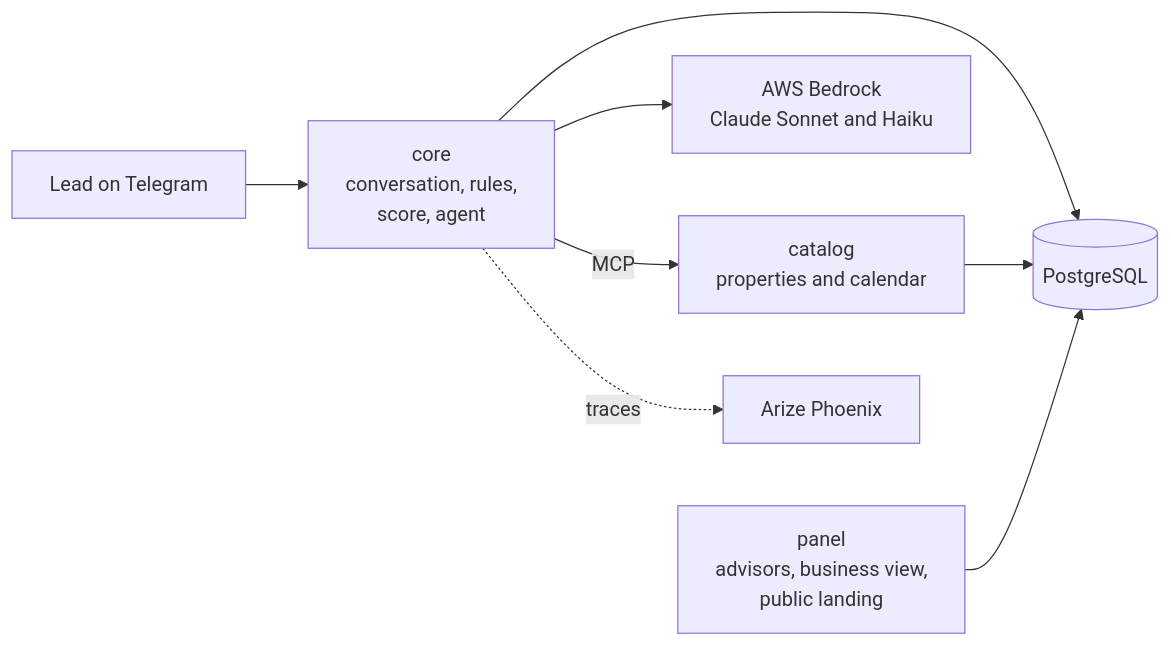
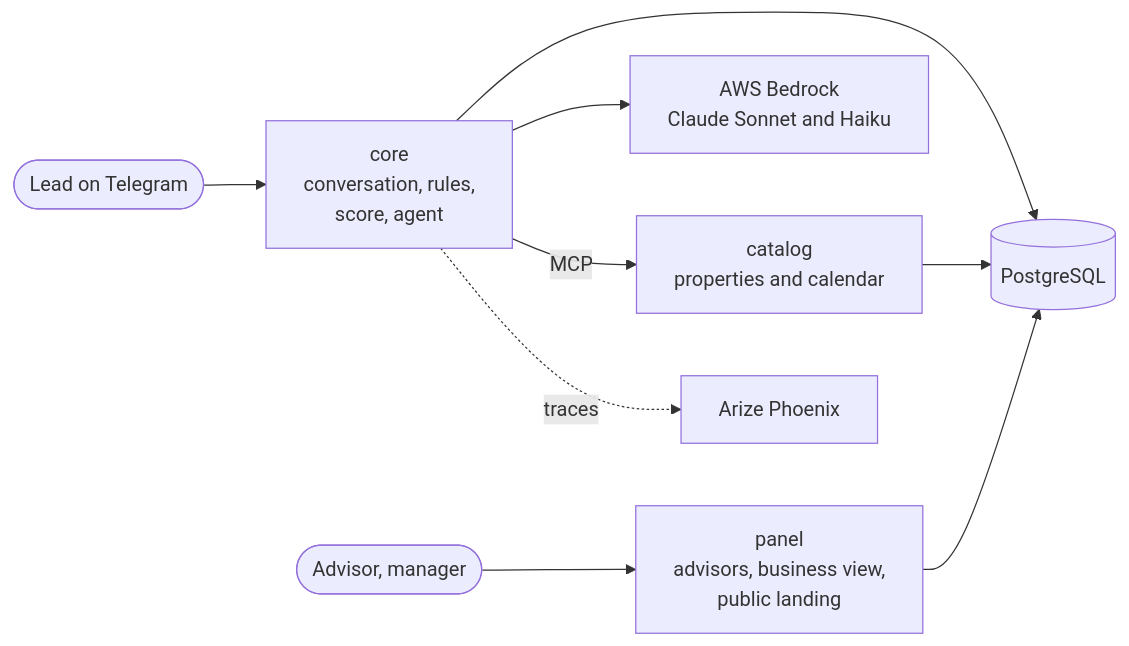
The first of 2 diagrams in README.md (softserve-leads-inmobiliaria/SoftServe-Agente-Lead-Inmobiliaro), drawn with Mermaid before and after one commit. The commit also changed other lines of this file and 6 other files, not shown here.

````diff
--- a/README.md
+++ b/README.md
@@ -58,10 +98,11 @@
 ```mermaid
 flowchart LR
-    LEAD[Lead on Telegram] --> CORE
-    CORE[core<br/>conversation, rules,<br/>score, agent] -- MCP --> CAT[catalog<br/>properties and calendar]
-    CORE --> LLM[AWS Bedrock<br/>Claude Sonnet and Haiku]
+    LEAD([Lead on Telegram]) --> CORE
+    CORE["core<br/>conversation, rules,<br/>score, agent"] -- MCP --> CAT["catalog<br/>properties and calendar"]
+    CORE --> LLM["AWS Bedrock<br/>Claude Sonnet and Haiku"]
     CORE --> PG[(PostgreSQL)]
     CAT --> PG
-    PANEL[panel<br/>advisors, business view,<br/>public landing] --> PG
+    ADV([Advisor, manager]) --> PANEL["panel<br/>advisors, business view,<br/>public landing"]
+    PANEL --> PG
     CORE -. traces .-> PHX[Arize Phoenix]
 ```
````
